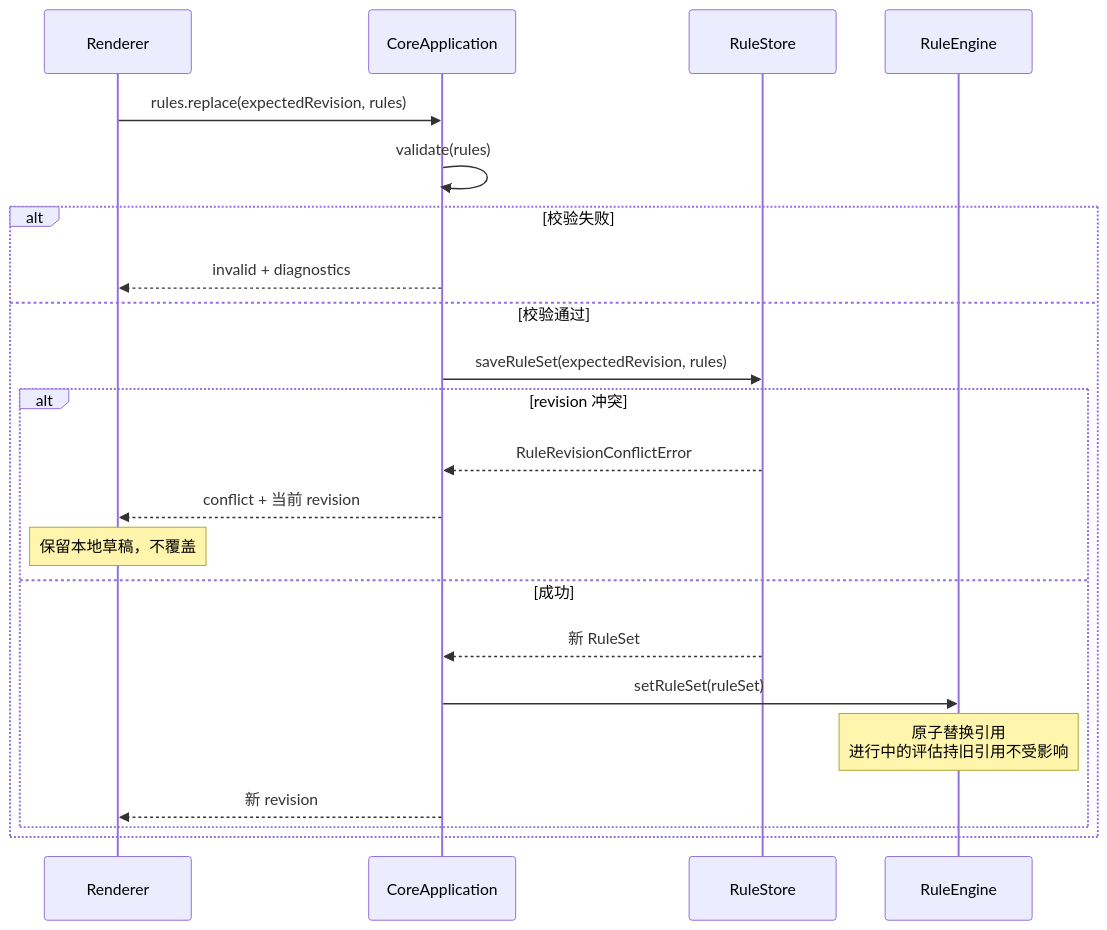
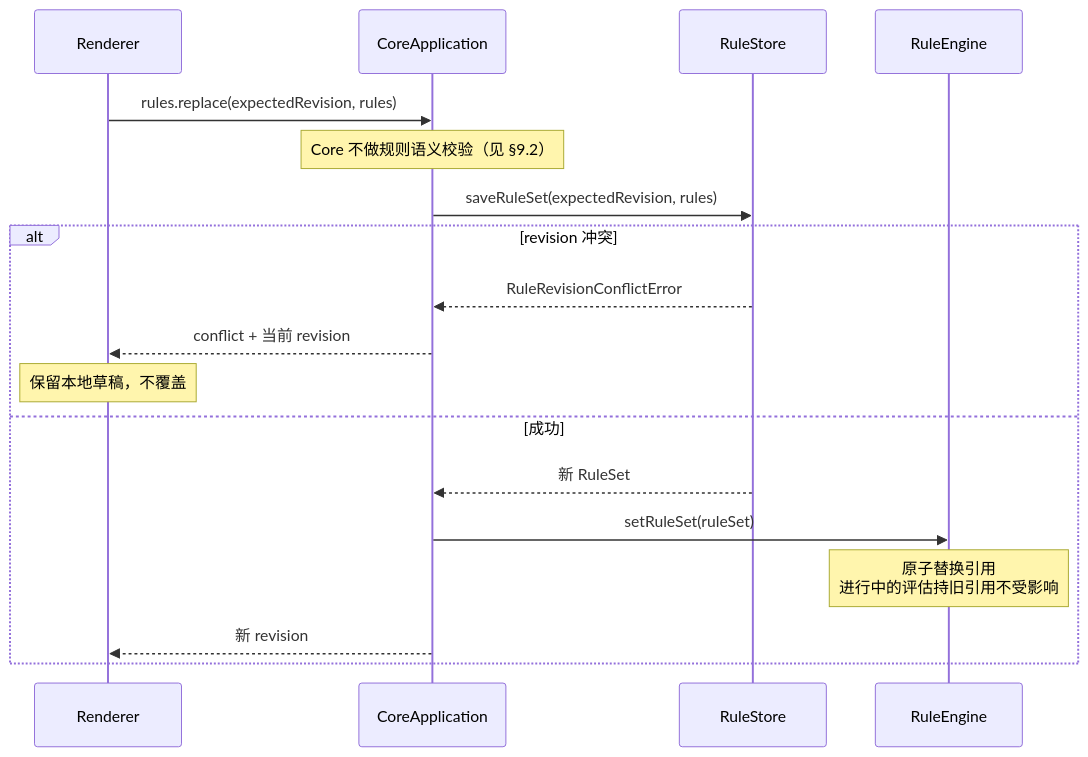
One commit to zhxmt-xm/Interceptor changed the fifth of 6 diagrams in architecture/feature-rules.md. Above: the diagram before and after it, drawn with Mermaid. The commit also changed other lines of this file and 12 other files, not shown here.

````diff
--- a/architecture/feature-rules.md
+++ b/architecture/feature-rules.md
@@ -350,25 +361,21 @@
 ```mermaid
 sequenceDiagram
     participant UI as Renderer
     participant App as CoreApplication
     participant Store as RuleStore
     participant Engine as RuleEngine
 
     UI->>App: rules.replace(expectedRevision, rules)
-    App->>App: validate(rules)
-    alt 校验失败
-        App-->>UI: invalid + diagnostics
-    else 校验通过
-        App->>Store: saveRuleSet(expectedRevision, rules)
-        alt revision 冲突
-            Store-->>App: RuleRevisionConflictError
-            App-->>UI: conflict + 当前 revision
-            Note over UI: 保留本地草稿，不覆盖
-        else 成功
-            Store-->>App: 新 RuleSet
-            App->>Engine: setRuleSet(ruleSet)
-            Note over Engine: 原子替换引用<br/>进行中的评估持旧引用不受影响
-            App-->>UI: 新 revision
-        end
+    Note over App: Core 不做规则语义校验（见 §9.2）
+    App->>Store: saveRuleSet(expectedRevision, rules)
+    alt revision 冲突
+        Store-->>App: RuleRevisionConflictError
+        App-->>UI: conflict + 当前 revision
+        Note over UI: 保留本地草稿，不覆盖
+    else 成功
+        Store-->>App: 新 RuleSet
+        App->>Engine: setRuleSet(ruleSet)
+        Note over Engine: 原子替换引用<br/>进行中的评估持旧引用不受影响
+        App-->>UI: 新 revision
     end
 ```
````
